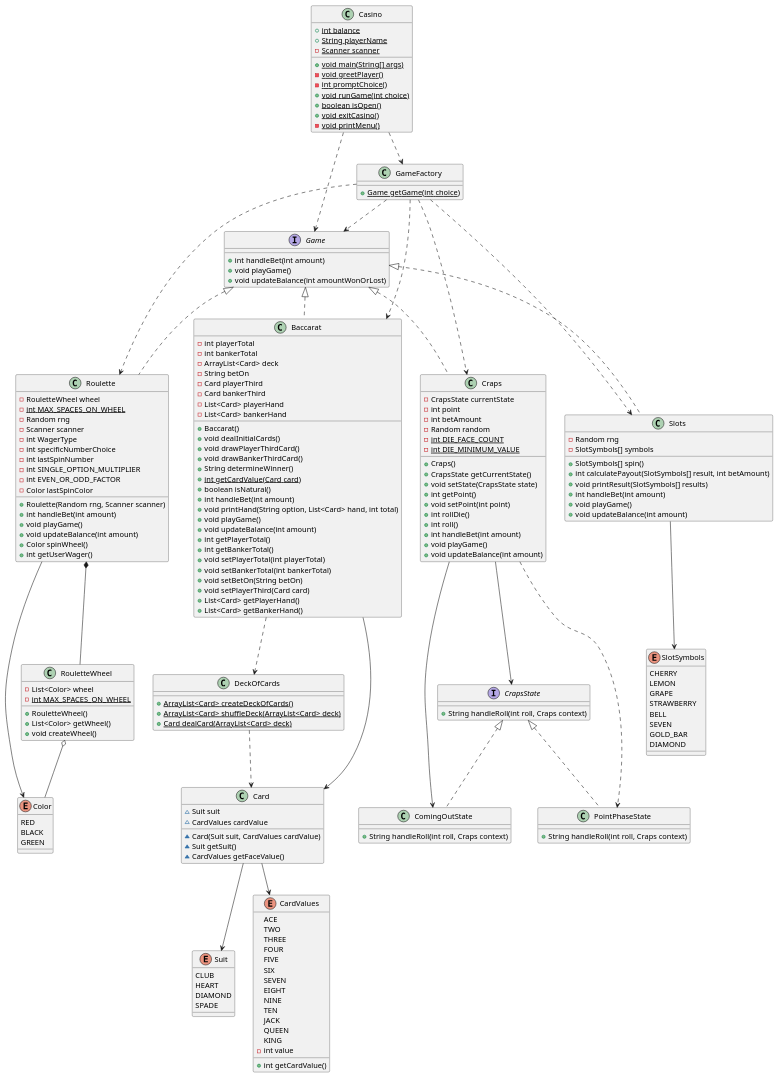
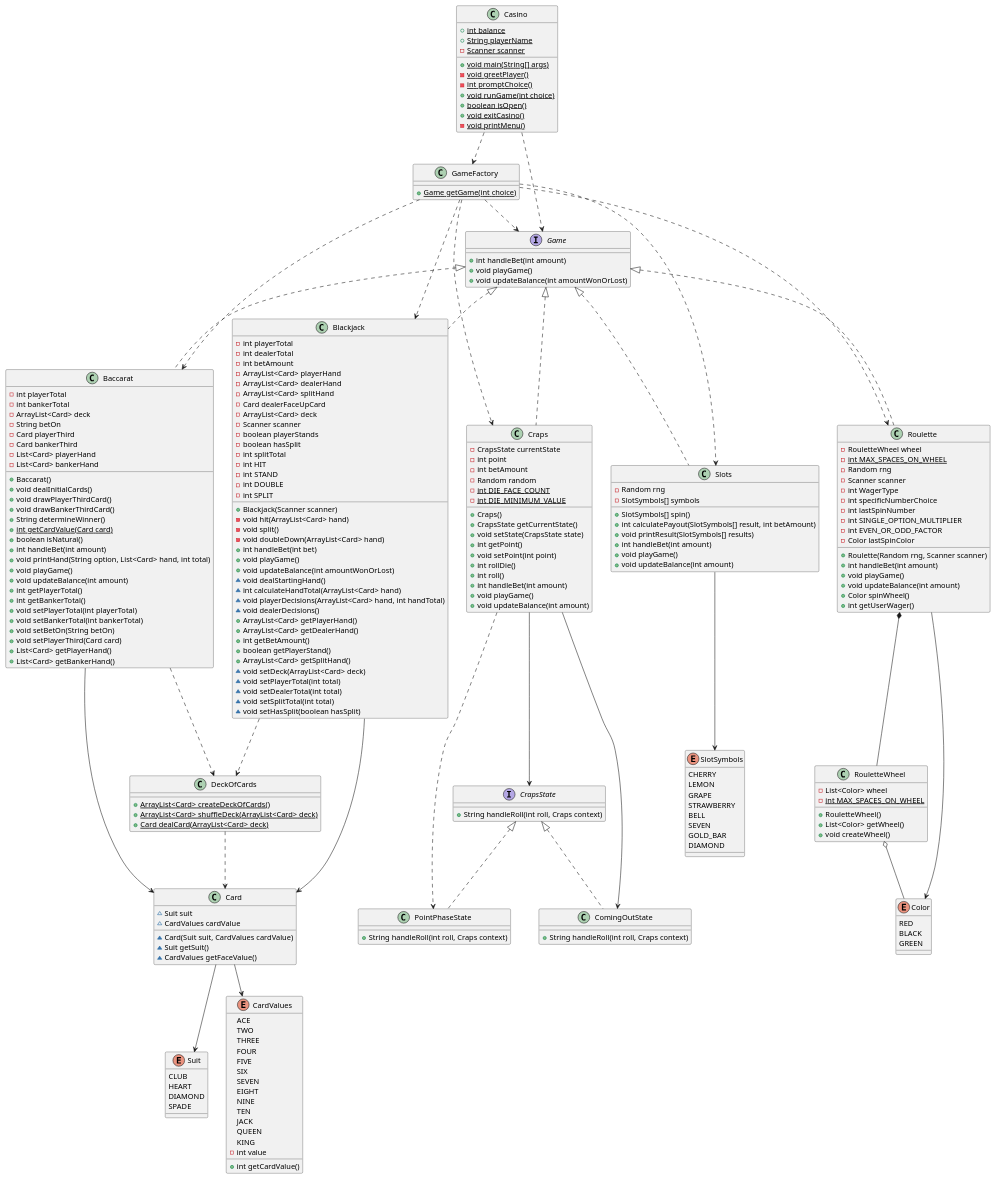
Before and after one commit to usd-comp-305/project-04-mike-brett-joey-khy: the diagram in casinoUML.puml, drawn with PlantUML.

Commit message:
Added blackjack to UML

```diff
--- a/casinoUML.puml
+++ b/casinoUML.puml
@@ -37,6 +37,47 @@
   + {static} ArrayList<Card> createDeckOfCards()
   + {static} ArrayList<Card> shuffleDeck(ArrayList<Card> deck)
   + {static} Card dealCard(ArrayList<Card> deck)
+}
+
+class Blackjack {
+  - int playerTotal
+  - int dealerTotal
+  - int betAmount
+  - ArrayList<Card> playerHand
+  - ArrayList<Card> dealerHand
+  - ArrayList<Card> splitHand
+  - Card dealerFaceUpCard
+  - ArrayList<Card> deck
+  - Scanner scanner
+  - boolean playerStands
+  - boolean hasSplit
+  - int splitTotal
+  - int HIT
+  - int STAND
+  - int DOUBLE
+  - int SPLIT
+
+  + Blackjack(Scanner scanner)
+  - void hit(ArrayList<Card> hand)
+  - void split()
+  - void doubleDown(ArrayList<Card> hand)
+  + int handleBet(int bet)
+  + void playGame()
+  + void updateBalance(int amountWonOrLost)
+  ~ void dealStartingHand()
+  ~ int calculateHandTotal(ArrayList<Card> hand)
+  ~ void playerDecisions(ArrayList<Card> hand, int handTotal)
+  ~ void dealerDecisions()
+  + ArrayList<Card> getPlayerHand()
+  + ArrayList<Card> getDealerHand()
+  + int getBetAmount()
+  + boolean getPlayerStand()
+  + ArrayList<Card> getSplitHand()
+  ~ void setDeck(ArrayList<Card> deck)
+  ~ void setPlayerTotal(int total)
+  ~ void setDealerTotal(int total)
+  ~ void setSplitTotal(int total)
+  ~ void setHasSplit(boolean hasSplit)
 }
 
 class Baccarat {
@@ -180,6 +221,11 @@
   DIAMOND
 }
 
+Game <|.. Blackjack
+Blackjack --> Card
+Blackjack ..> DeckOfCards
+GameFactory ..> Blackjack
+
 Game <|.. Baccarat
 Game <|.. Craps
 Game <|.. Slots
@@ -214,7 +260,5 @@
 Roulette --> Color
 RouletteWheel o-- Color
 
-}
-
 
 @enduml
```
